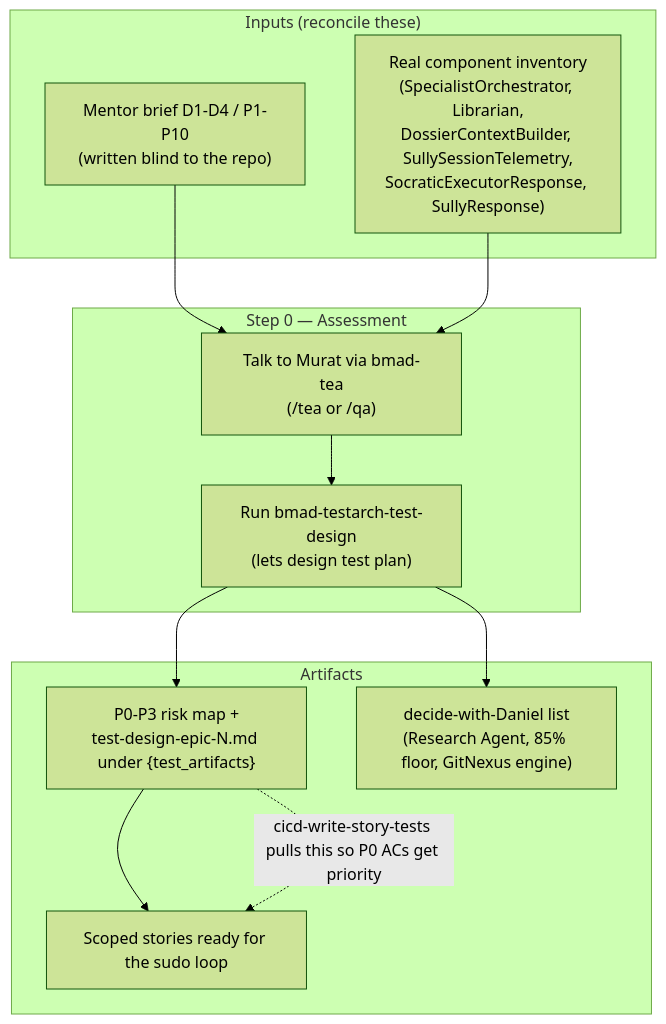
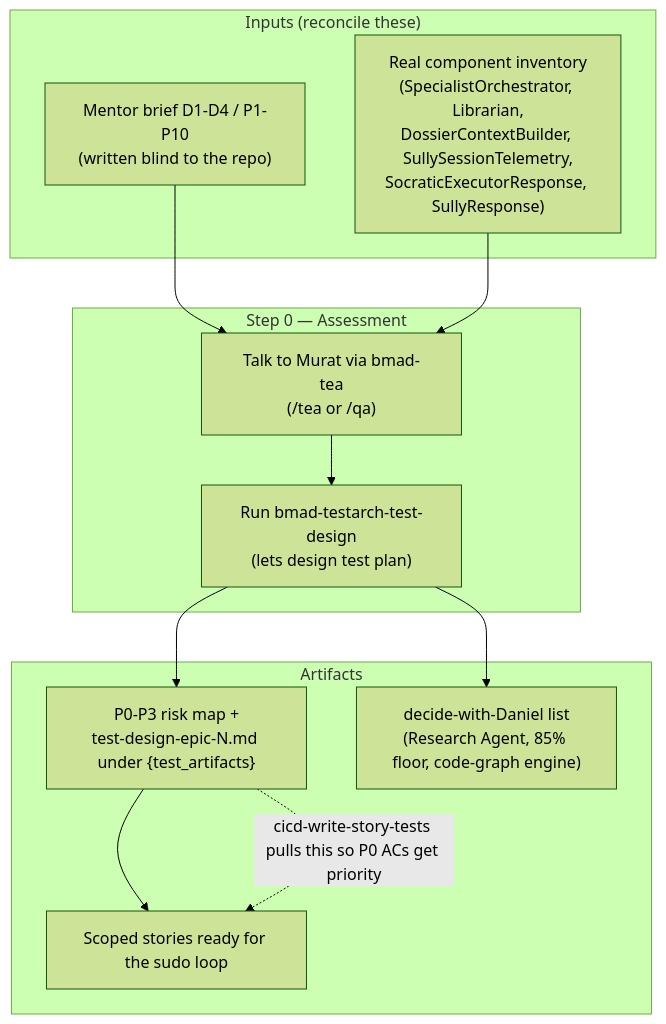
Before and after one commit to sudomadhatter/Sudo_Hatter_Command: the second of 12 diagrams in docs/_scc_sops_prds/tea_testing_guide.md, drawn with Mermaid (forest theme). The commit also changed other lines of this file and 32 other files, not shown here.

````diff
--- a/docs/_scc_sops_prds/tea_testing_guide.md
+++ b/docs/_scc_sops_prds/tea_testing_guide.md
@@ -190,23 +190,23 @@
 ```mermaid
 flowchart TD
     subgraph IN ["Inputs (reconcile these)"]
         Brief["Mentor brief D1-D4 / P1-P10\n(written blind to the repo)"]
         Inv["Real component inventory\n(SpecialistOrchestrator, Librarian,\nDossierContextBuilder, SullySessionTelemetry,\nSocraticExecutorResponse, SullyResponse)"]
     end
     subgraph ASSESS ["Step 0 — Assessment"]
         Tea["Talk to Murat via bmad-tea\n(/tea or /qa)"]
         Design["Run bmad-testarch-test-design\n(lets design test plan)"]
         Tea --> Design
     end
     subgraph OUT ["Artifacts"]
         Risk["P0-P3 risk map +\ntest-design-epic-N.md under {test_artifacts}"]
-        Decide["decide-with-Daniel list\n(Research Agent, 85% floor, GitNexus engine)"]
+        Decide["decide-with-Daniel list\n(Research Agent, 85% floor, code-graph engine)"]
         Stories["Scoped stories ready for the sudo loop"]
     end
     Brief --> Tea
     Inv --> Tea
     Design --> Risk
     Design --> Decide
     Risk --> Stories
     Risk -.->|"cicd-write-story-tests pulls this so P0 ACs get priority"| Stories
 ```
````
